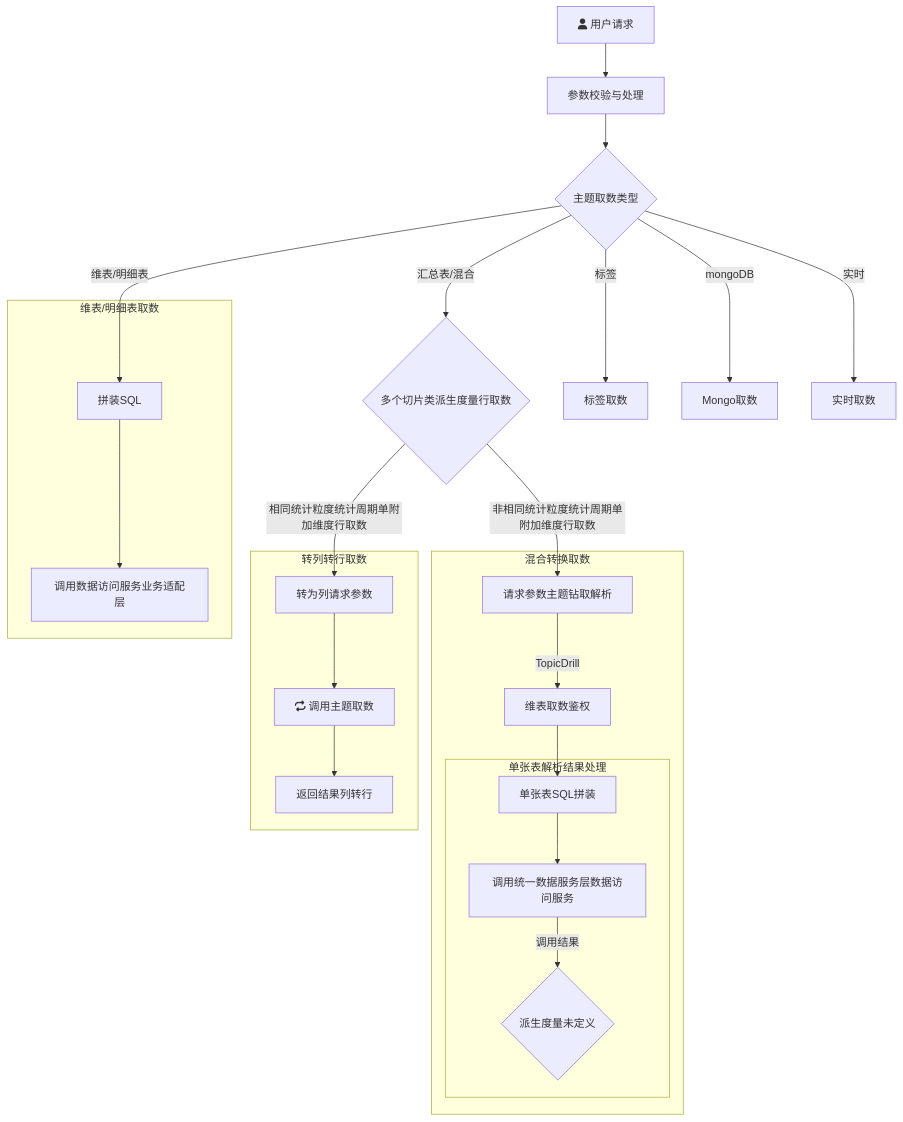
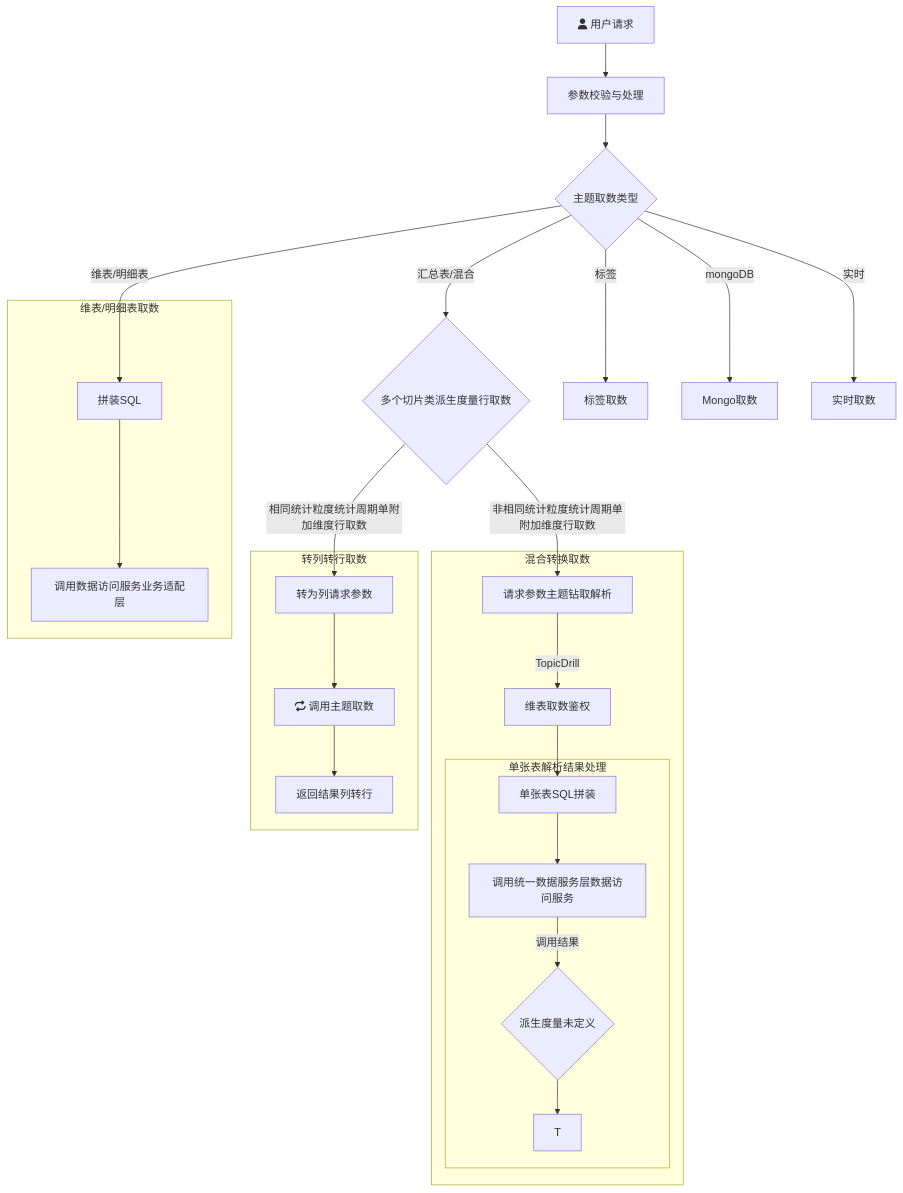
Before and after one commit to yanglosm/iodraw-files: the diagram in all/未命名.md, drawn with Mermaid.

Commit message:
2024-11-29 18:59:52 update

````diff
--- a/all/未命名.md
+++ b/all/未命名.md
@@ -1,24 +1,24 @@
 ```mermaid
 flowchart TD
     A[fa:fa-user 用户请求] -->A1[参数校验与处理] --> B{主题取数类型}
     B -->|维表/明细表| D[拼装SQL]
     B -->|汇总表/混合| E{多个切片类派生度量行取数}
     B -->|标签| F[标签取数]
     B -->|mongoDB| G[Mongo取数]
     B -->|实时| H[实时取数]
     E -->|相同统计粒度统计周期单附加维度行取数| E1[转为列请求参数]
     E -->|非相同统计粒度统计周期单附加维度行取数| T1[请求参数主题钻取解析]
     subgraph 维表/明细表取数
     D-->D1[调用数据访问服务业务适配层]
     end
     subgraph 转列转行取数
     E1-->E11[fa:fa-repeat 调用主题取数]-->E12[返回结果列转行]
     end
     subgraph 混合转换取数
     T1-->|TopicDrill| T2[维表取数鉴权] --> T31[单张表SQL拼装]
         subgraph 单张表解析结果处理
         T31 --> T32[调用统一数据服务层数据访问服务] --> |调用结果|T33{派生度量未定义}
-        
+        T33 --> T
         end
     end
 ```
````
